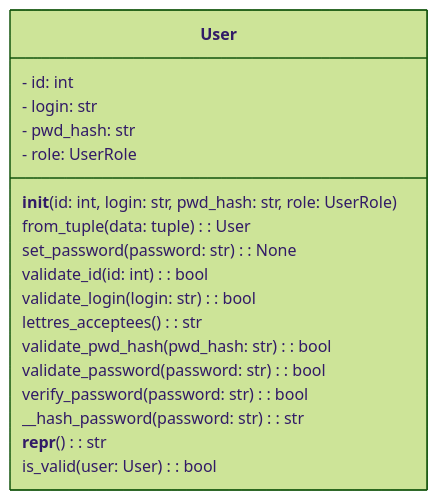
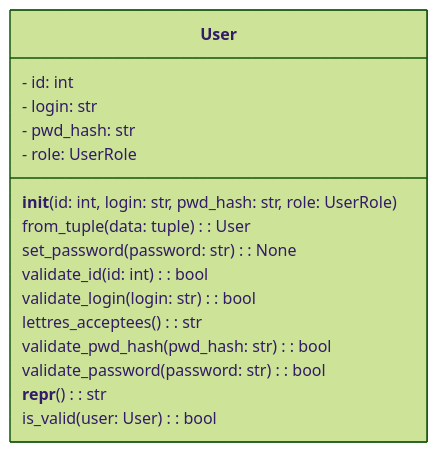
Before and after one commit to fabrice1618/user_python: the second of 4 diagrams in readme.md, drawn with Mermaid (forest theme). The commit also changed other lines of this file and 7 other files, not shown here.

````diff
--- a/readme.md
+++ b/readme.md
@@ -20,22 +20,20 @@
 ```mermaid
 classDiagram
     class User {
         - id: int
         - login: str
         - pwd_hash: str
         - role: UserRole
         __init__(id: int, login: str, pwd_hash: str, role: UserRole)
         from_tuple(data: tuple): User
         set_password(password: str): None
         validate_id(id: int): bool
         validate_login(login: str): bool
         lettres_acceptees(): str
         validate_pwd_hash(pwd_hash: str): bool
         validate_password(password: str): bool
-        verify_password(password: str): bool
-        __hash_password(password: str): str
         __repr__(): str
         is_valid(user: User): bool
     }
 
 ```
````
